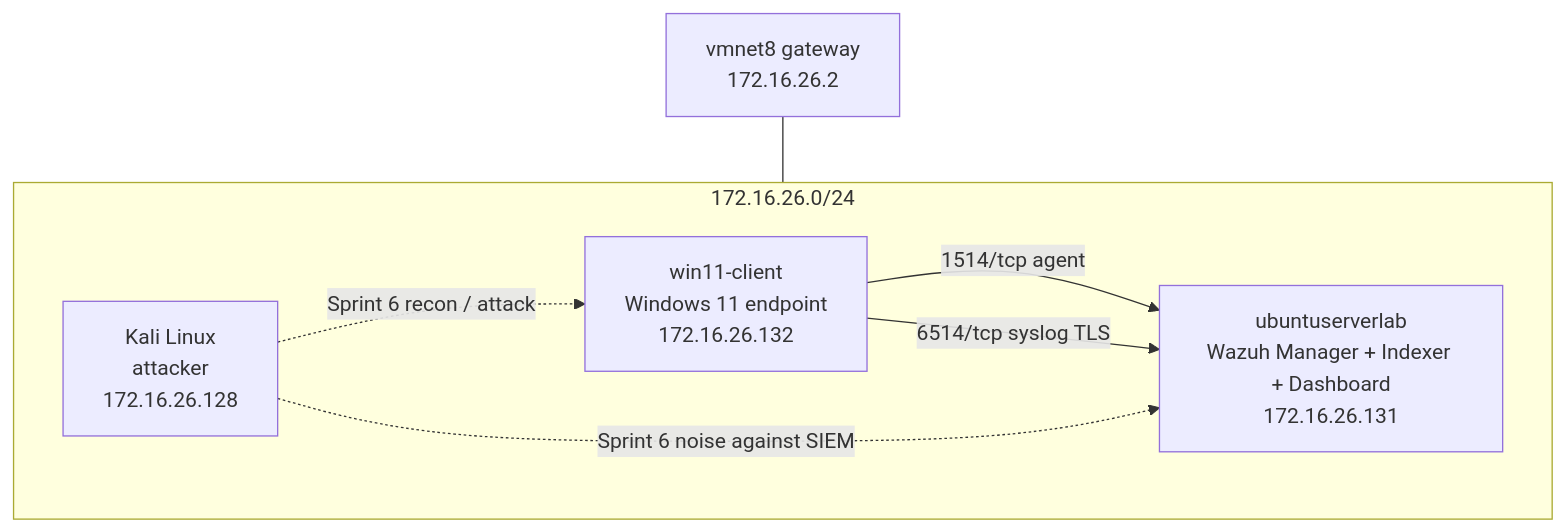
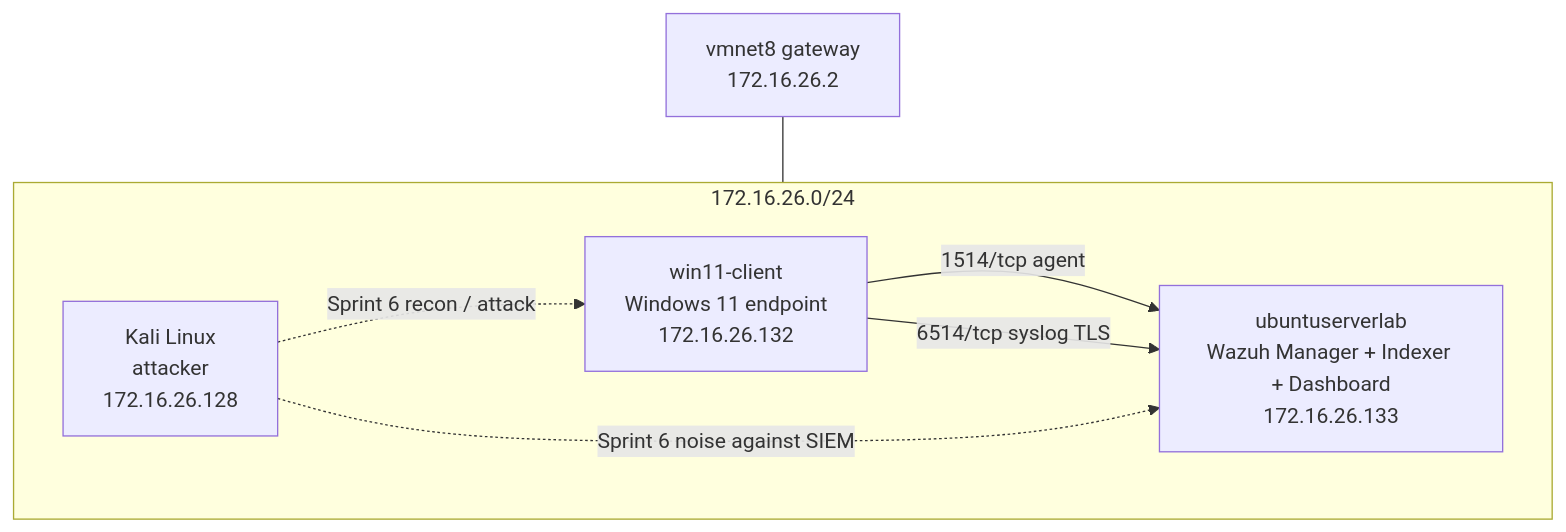
The first of 2 diagrams in docs/01-architecture/README.md (sadiq19/nist-siem-cyberlab), drawn with Mermaid before and after one commit. The commit also changed other lines of this file and 1 other file, not shown here.

````diff
--- a/docs/01-architecture/README.md
+++ b/docs/01-architecture/README.md
@@ -29,14 +29,14 @@
 ```mermaid
 flowchart TB
   GW["vmnet8 gateway\n172.16.26.2"]
   subgraph NAT["172.16.26.0/24"]
     KALI["Kali Linux\nattacker\n172.16.26.128"]
     WIN["win11-client\nWindows 11 endpoint\n172.16.26.132"]
-    UB["ubuntuserverlab\nWazuh Manager + Indexer + Dashboard\n172.16.26.131"]
+    UB["ubuntuserverlab\nWazuh Manager + Indexer + Dashboard\n172.16.26.133"]
   end
   GW --- NAT
   WIN -->|"1514/tcp agent"| UB
   WIN -->|"6514/tcp syslog TLS"| UB
   KALI -.->|"Sprint 6 recon / attack"| WIN
   KALI -.->|"Sprint 6 noise against SIEM"| UB
 ```
````
